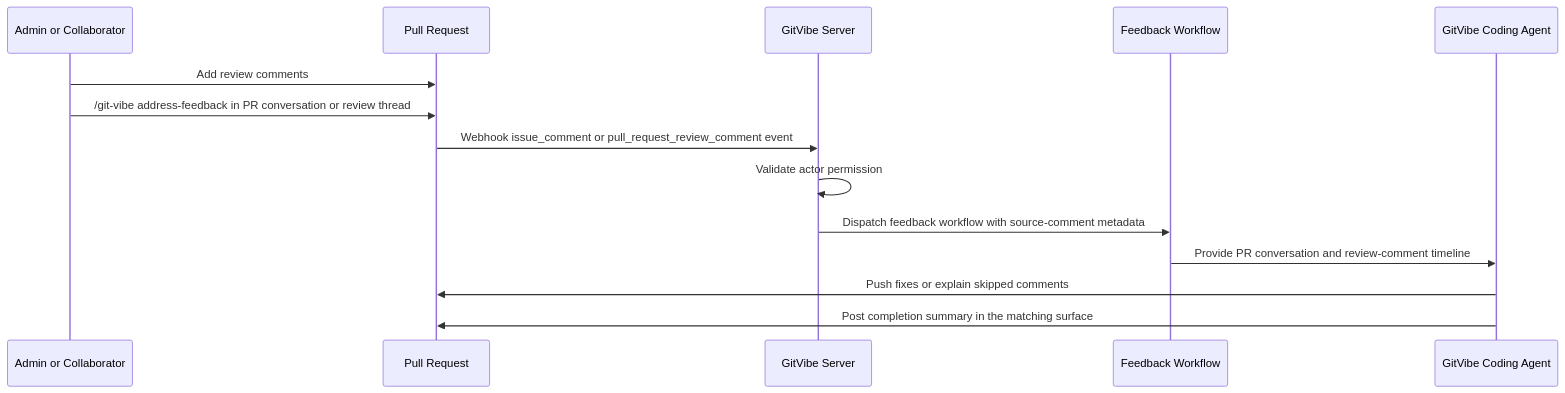
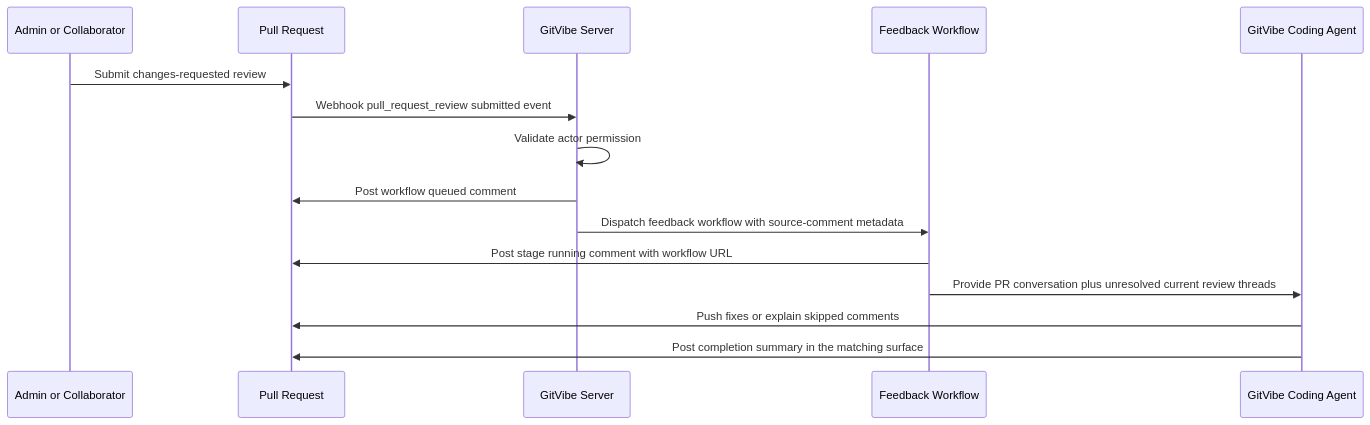
The fifth of 5 diagrams in docs/WORKFLOW.md (markhuangai/git-vibe), drawn with Mermaid before and after one commit. The commit also changed other lines of this file and 27 other files, not shown here.

Commit message:
Implement investigation gate and workflow feedback

````diff
--- a/docs/WORKFLOW.md
+++ b/docs/WORKFLOW.md
@@ -295,17 +307,18 @@
 ```mermaid
 sequenceDiagram
   participant M as Admin or Collaborator
   participant PR as Pull Request
   participant App as GitVibe Server
   participant WF as Feedback Workflow
   participant Agent as GitVibe Coding Agent
 
-  M->>PR: Add review comments
-  M->>PR: /git-vibe address-feedback in PR conversation or review thread
-  PR->>App: Webhook issue_comment or pull_request_review_comment event
+  M->>PR: Submit changes-requested review
+  PR->>App: Webhook pull_request_review submitted event
   App->>App: Validate actor permission
+  App->>PR: Post workflow queued comment
   App->>WF: Dispatch feedback workflow with source-comment metadata
-  WF->>Agent: Provide PR conversation and review-comment timeline
+  WF->>PR: Post stage running comment with workflow URL
+  WF->>Agent: Provide PR conversation plus unresolved current review threads
   Agent->>PR: Push fixes or explain skipped comments
   Agent->>PR: Post completion summary in the matching surface
 ```
````
